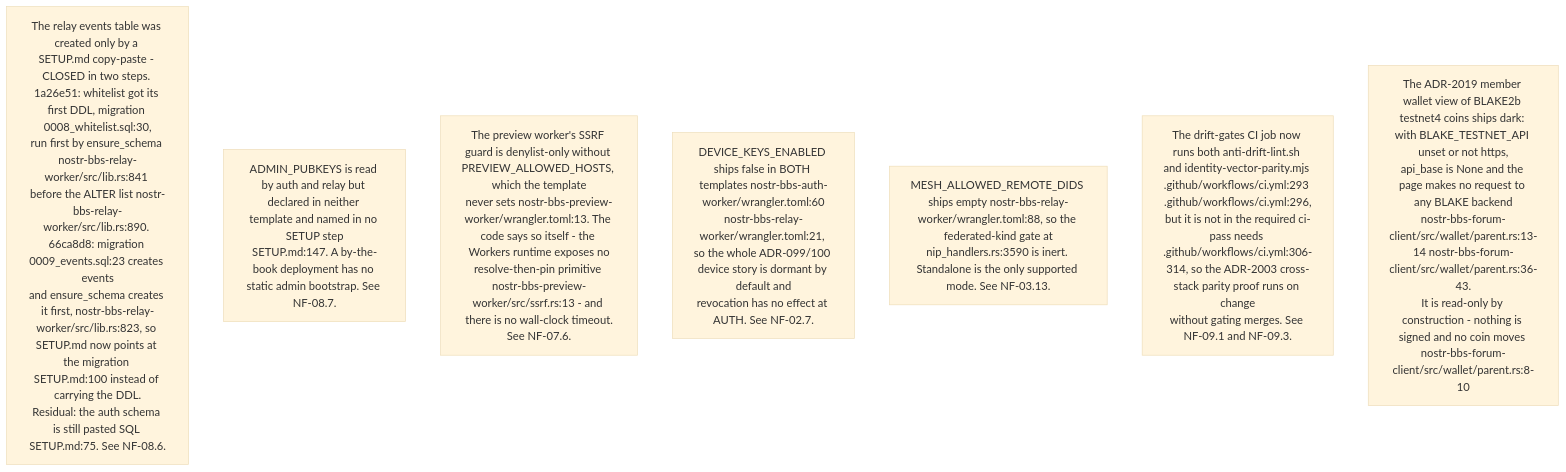
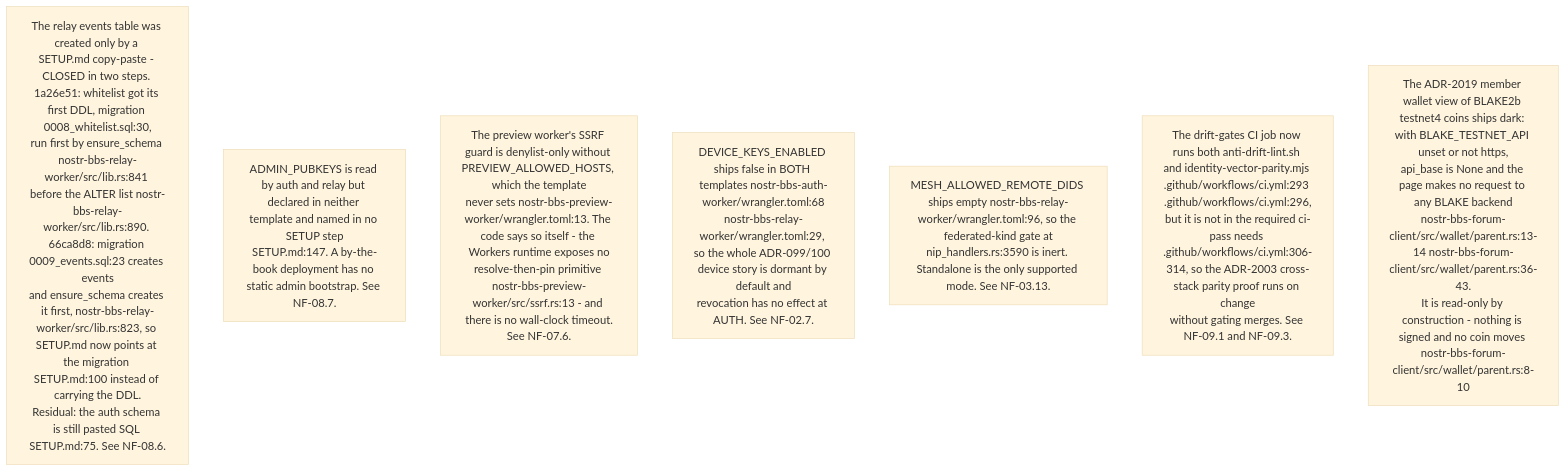
The sixth of 10 diagrams in docs/diagrams/nostr-rust-forum/10-invariants-and-anomaly-register.md (DreamLab-AI/VisionFlow), drawn with Mermaid (base theme) before and after one commit. The commit also changed other lines of this file and 145 other files, not shown here.

````diff
--- a/docs/diagrams/nostr-rust-forum/10-invariants-and-anomaly-register.md
+++ b/docs/diagrams/nostr-rust-forum/10-invariants-and-anomaly-register.md
@@ -144,10 +144,10 @@
 ```mermaid
 flowchart TB
     S1["The relay events table was created only by a SETUP.md copy-paste - CLOSED in two steps. 1a26e51: whitelist got its first DDL, migration 0008_whitelist.sql:30,<br/>run first by ensure_schema nostr-bbs-relay-worker/src/lib.rs:841 before the ALTER list nostr-bbs-relay-worker/src/lib.rs:890. 66ca8d8: migration 0009_events.sql:23 creates events<br/>and ensure_schema creates it first, nostr-bbs-relay-worker/src/lib.rs:823, so SETUP.md now points at the migration SETUP.md:100 instead of carrying the DDL.<br/>Residual: the auth schema is still pasted SQL SETUP.md:75. See NF-08.6."]
     S2["ADMIN_PUBKEYS is read by auth and relay but declared in neither template and named in no SETUP step<br/>SETUP.md:147. A by-the-book deployment has no static admin bootstrap. See NF-08.7."]
     S3["The preview worker's SSRF guard is denylist-only without PREVIEW_ALLOWED_HOSTS, which the template<br/>never sets nostr-bbs-preview-worker/wrangler.toml:13. The code says so itself - the Workers runtime exposes no<br/>resolve-then-pin primitive nostr-bbs-preview-worker/src/ssrf.rs:13 - and there is no wall-clock timeout.<br/>See NF-07.6."]
-    S4["DEVICE_KEYS_ENABLED ships false in BOTH templates nostr-bbs-auth-worker/wrangler.toml:60<br/>nostr-bbs-relay-worker/wrangler.toml:21, so the whole ADR-099/100 device story is dormant by default and<br/>revocation has no effect at AUTH. See NF-02.7."]
-    S5["MESH_ALLOWED_REMOTE_DIDS ships empty nostr-bbs-relay-worker/wrangler.toml:88, so the federated-kind gate at<br/>nip_handlers.rs:3590 is inert. Standalone is the only supported mode. See NF-03.13."]
+    S4["DEVICE_KEYS_ENABLED ships false in BOTH templates nostr-bbs-auth-worker/wrangler.toml:68<br/>nostr-bbs-relay-worker/wrangler.toml:29, so the whole ADR-099/100 device story is dormant by default and<br/>revocation has no effect at AUTH. See NF-02.7."]
+    S5["MESH_ALLOWED_REMOTE_DIDS ships empty nostr-bbs-relay-worker/wrangler.toml:96, so the federated-kind gate at<br/>nip_handlers.rs:3590 is inert. Standalone is the only supported mode. See NF-03.13."]
     S6["The drift-gates CI job now runs both anti-drift-lint.sh and identity-vector-parity.mjs .github/workflows/ci.yml:293 .github/workflows/ci.yml:296,<br/>but it is not in the required ci-pass needs .github/workflows/ci.yml:306-314, so the ADR-2003 cross-stack parity proof runs on change<br/>without gating merges. See NF-09.1 and NF-09.3."]
     S7["The ADR-2019 member wallet view of BLAKE2b testnet4 coins ships dark: with BLAKE_TESTNET_API unset or not https,<br/>api_base is None and the page makes no request to any BLAKE backend<br/>nostr-bbs-forum-client/src/wallet/parent.rs:13-14 nostr-bbs-forum-client/src/wallet/parent.rs:36-43.<br/>It is read-only by construction - nothing is signed and no coin moves nostr-bbs-forum-client/src/wallet/parent.rs:8-10"]
 ```
````
